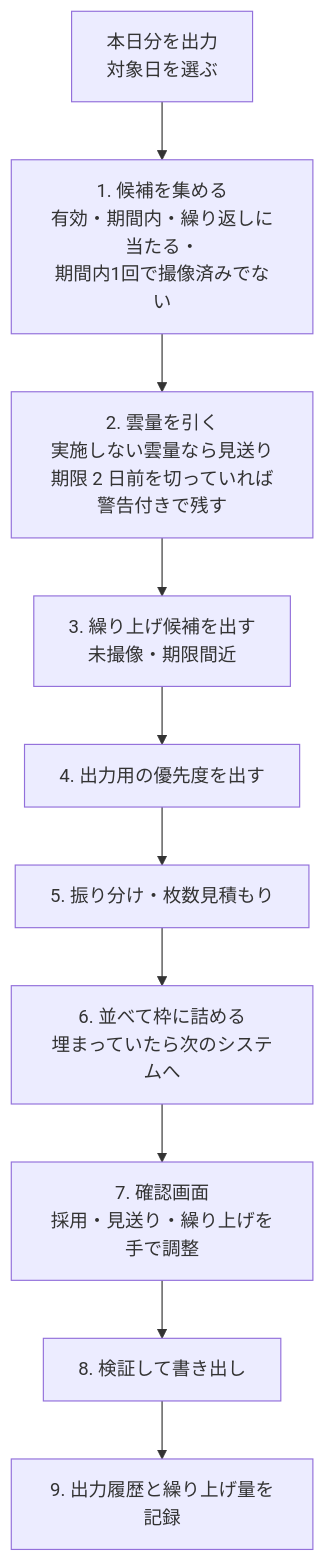
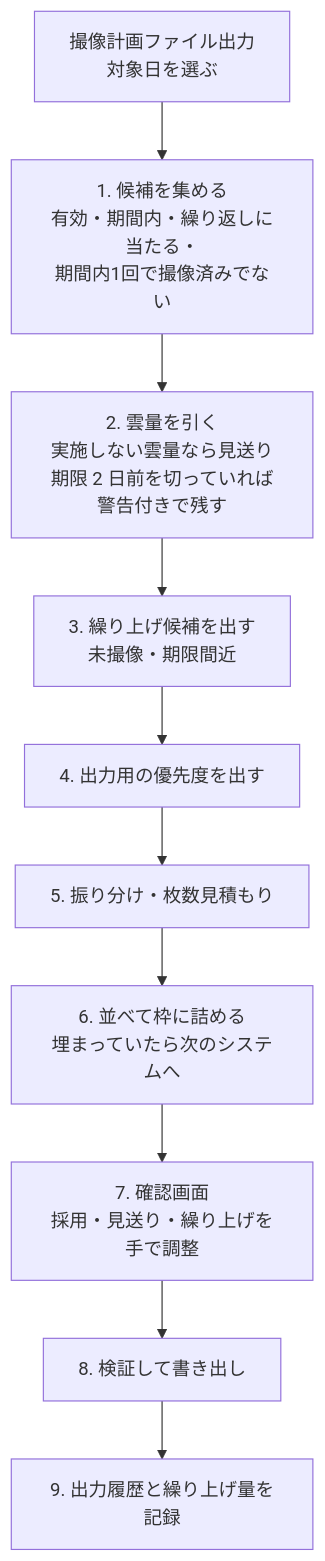
Before and after one commit to Tosei-sudo/QGIS_SKYWATCH: the second of 2 diagrams in docs/imaging-requests.md, drawn with Mermaid. The commit also changed other lines of this file and 8 other files, not shown here.

````diff
--- a/docs/imaging-requests.md
+++ b/docs/imaging-requests.md
@@ -157,12 +157,12 @@
 ```mermaid
 flowchart TD
-  S[本日分を出力<br/>対象日を選ぶ] --> A[1. 候補を集める<br/>有効・期間内・繰り返しに当たる・<br/>期間内1回で撮像済みでない]
+  S[撮像計画ファイル出力<br/>対象日を選ぶ] --> A[1. 候補を集める<br/>有効・期間内・繰り返しに当たる・<br/>期間内1回で撮像済みでない]
   A --> W[2. 雲量を引く<br/>実施しない雲量なら見送り<br/>期限 2 日前を切っていれば警告付きで残す]
   W --> B[3. 繰り上げ候補を出す<br/>未撮像・期限間近]
   B --> R[4. 出力用の優先度を出す]
   R --> N[5. 振り分け・枚数見積もり]
   N --> Q[6. 並べて枠に詰める<br/>埋まっていたら次のシステムへ]
   Q --> P[7. 確認画面<br/>採用・見送り・繰り上げを手で調整]
   P --> X[8. 検証して書き出し]
   X --> H[9. 出力履歴と繰り上げ量を記録]
 ```
````
